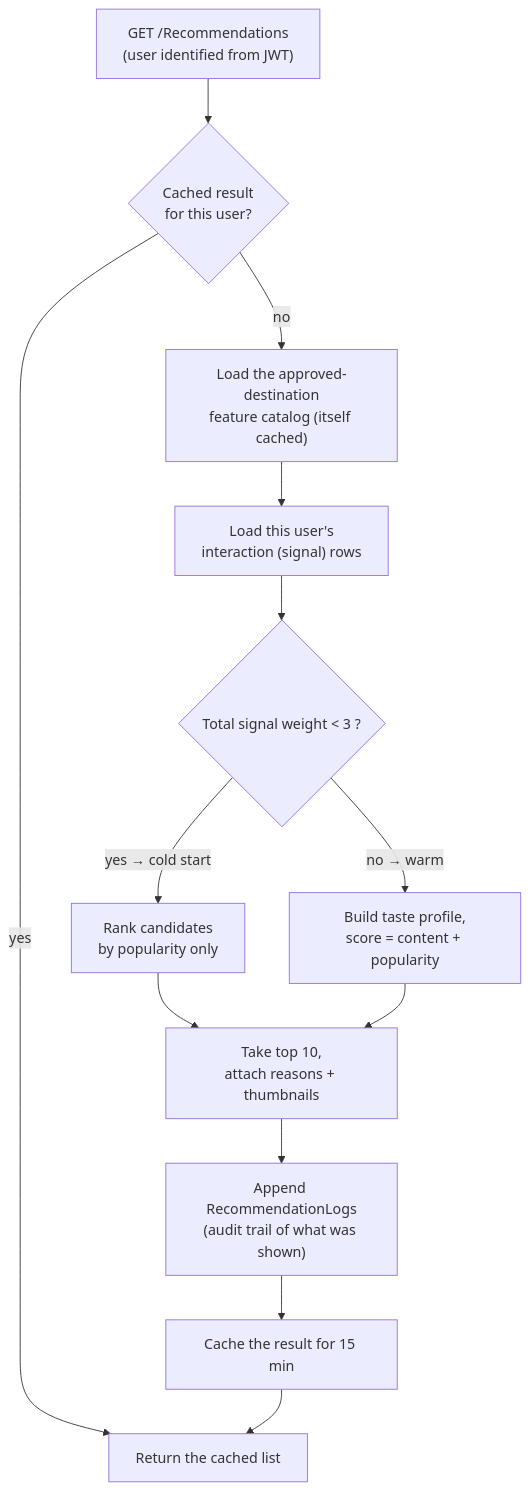
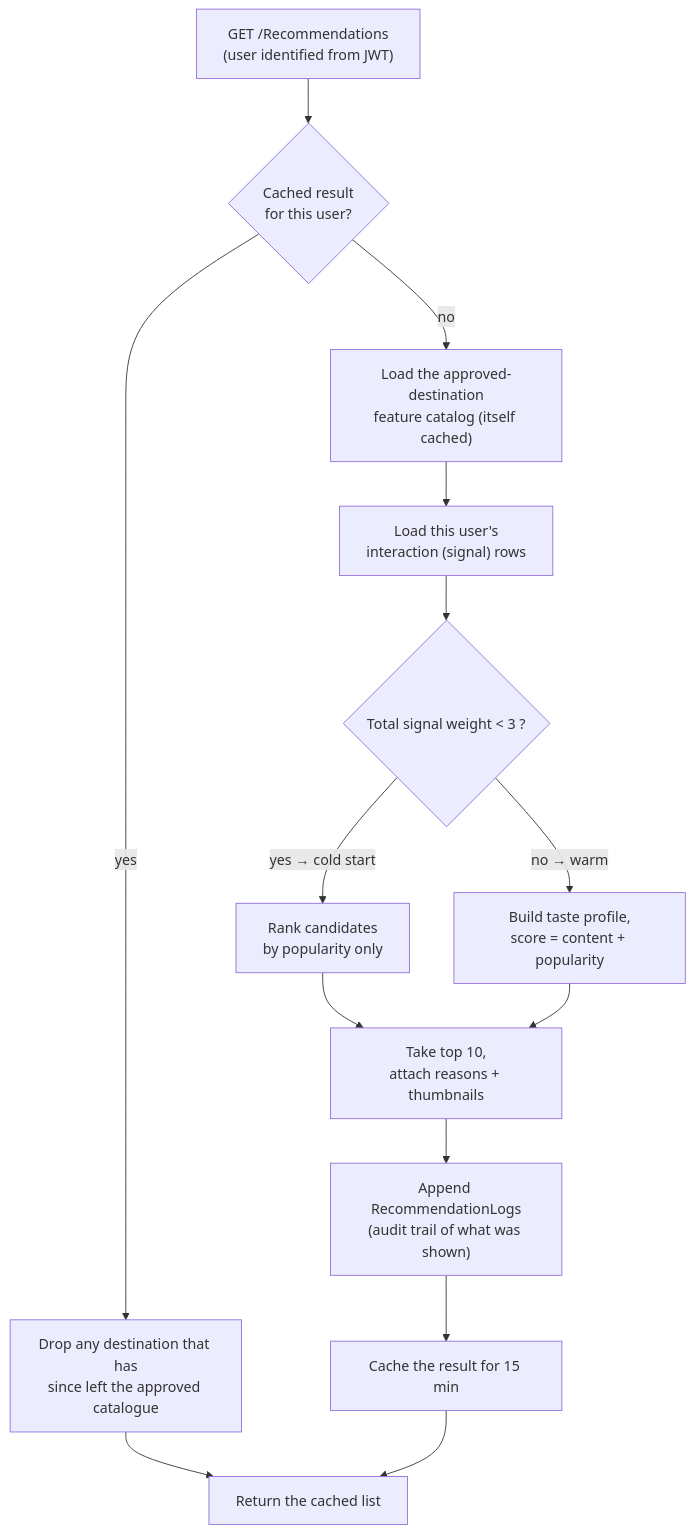
One commit to harisvelispahic/Travle changed the diagram in docs/recommender.md. Above: the diagram before and after it, drawn with Mermaid. The commit also changed other lines of this file and 9 other files, not shown here.

````diff
--- a/docs/recommender.md
+++ b/docs/recommender.md
@@ -464,15 +464,16 @@
 ```mermaid
 flowchart TD
     A["GET /Recommendations<br/>(user identified from JWT)"] --> B{"Cached result<br/>for this user?"}
-    B -- yes --> Z["Return the cached list"]
+    B -- yes --> Y["Drop any destination that has<br/>since left the approved catalogue"]
+    Y --> Z["Return the cached list"]
     B -- no --> C["Load the approved-destination<br/>feature catalog (itself cached)"]
     C --> D["Load this user's<br/>interaction (signal) rows"]
     D --> E{"Total signal weight < 3 ?"}
     E -- "yes → cold start" --> F["Rank candidates<br/>by popularity only"]
     E -- "no → warm" --> G["Build taste profile,<br/>score = content + popularity"]
     F --> H["Take top 10,<br/>attach reasons + thumbnails"]
     G --> H
     H --> I["Append RecommendationLogs<br/>(audit trail of what was shown)"]
     I --> J["Cache the result for 15 min"]
     J --> Z
 ```
````
